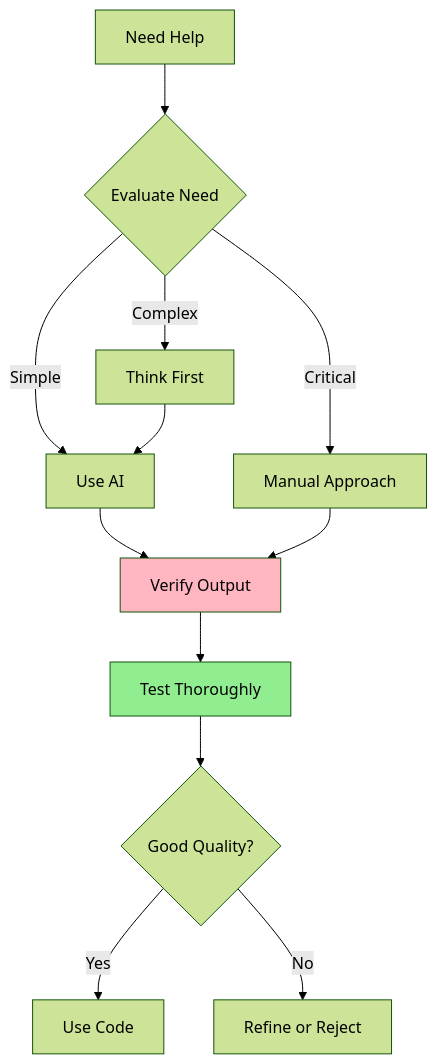
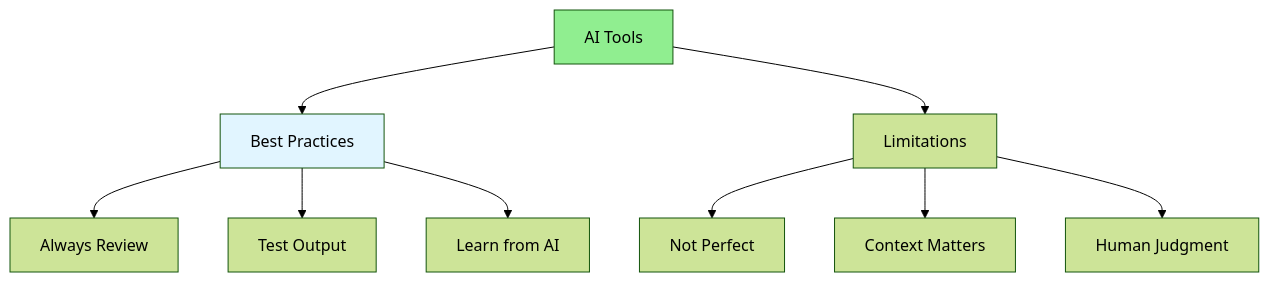
One commit to iouthnamain/tech-note changed the diagram in Full-Stack-Guides/Group-05-AI-Assisted-Coding/05.14_AI_Best_Practices_Limitations.md. Above: the diagram before and after it, drawn with Mermaid (forest theme). The commit also changed other lines of this file and 480 other files, not shown here.

````diff
--- a/Full-Stack-Guides/Group-05-AI-Assisted-Coding/05.14_AI_Best_Practices_Limitations.md
+++ b/Full-Stack-Guides/Group-05-AI-Assisted-Coding/05.14_AI_Best_Practices_Limitations.md
@@ -22,19 +21,16 @@
 ```mermaid
-flowchart TD
-    Need[Need Help] --> Evaluate{Evaluate Need}
-    Evaluate -->|Simple| Use[Use AI]
-    Evaluate -->|Complex| Think[Think First]
-    Evaluate -->|Critical| Manual[Manual Approach]
+graph TD
+    AI[AI Tools] --> Best[Best Practices]
+    AI --> Limits[Limitations]
     
-    Use --> Verify[Verify Output]
-    Think --> Use
-    Manual --> Verify
+    Best --> Review[Always Review]
+    Best --> Test[Test Output]
+    Best --> Learn[Learn from AI]
     
-    Verify --> Test[Test Thoroughly]
-    Test --> Quality{Good Quality?}
-    Quality -->|Yes| UseCode[Use Code]
-    Quality -->|No| Refine[Refine or Reject]
+    Limits --> NotPerfect[Not Perfect]
+    Limits --> Context[Context Matters]
+    Limits --> Human[Human Judgment]
     
-    style Verify fill:#FFB6C1
-    style Test fill:#90EE90
+    style AI fill:#90EE90
+    style Best fill:#e1f5ff
 ```
````
